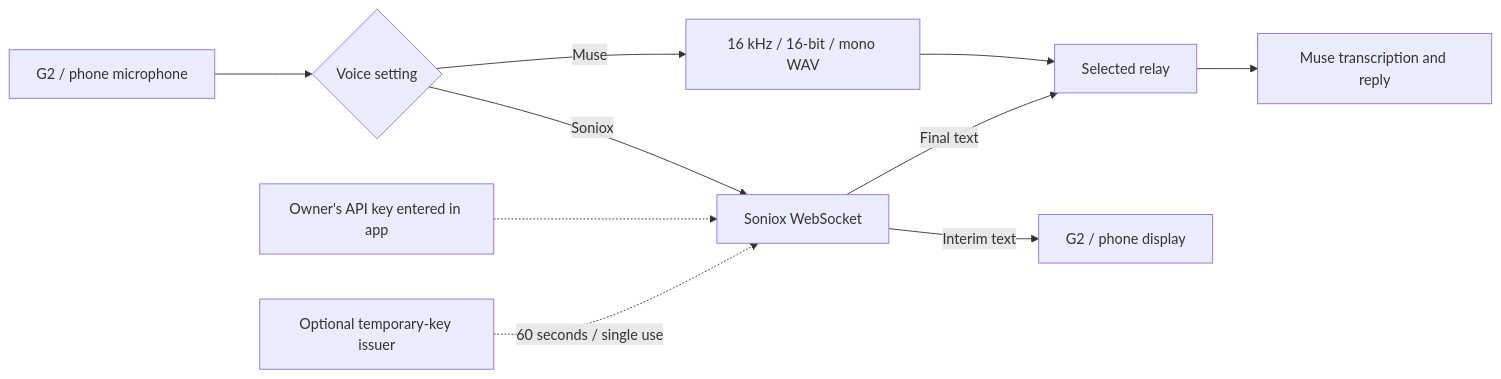
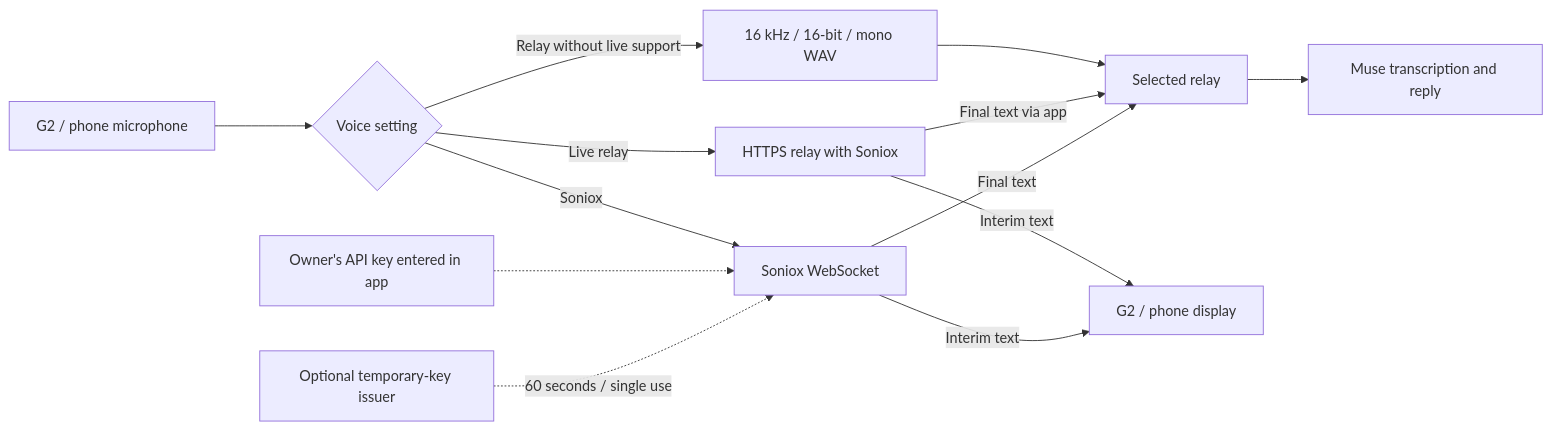
One commit to 3mintimer/muse-relay changed the fifth of 5 diagrams in docs/protocol.md. Above: the diagram before and after it, drawn with Mermaid. The commit also changed other lines of this file and 33 other files, not shown here.

Commit message:
feat: stream live captions through the HTTPS relay

````diff
--- a/docs/protocol.md
+++ b/docs/protocol.md
@@ -406,11 +407,14 @@
 ```mermaid
 flowchart LR
   Mic[G2 / phone microphone] --> Choice{Voice setting}
-  Choice -->|Muse| WAV[16 kHz / 16-bit / mono WAV]
+  Choice -->|Relay without live support| WAV[16 kHz / 16-bit / mono WAV]
   WAV --> Relay[Selected relay] --> Muse[Muse transcription and reply]
+  Choice -->|Live relay| Live[HTTPS relay with Soniox]
+  Live -->|Interim text| Glasses
+  Live -->|Final text via app| Relay
   Choice -->|Soniox| STT[Soniox WebSocket]
   Key[Owner's API key entered in app] -.-> STT
   Token[Optional temporary-key issuer] -.->|60 seconds / single use| STT
   STT -->|Interim text| Glasses[G2 / phone display]
   STT -->|Final text| Relay
 ```
````
